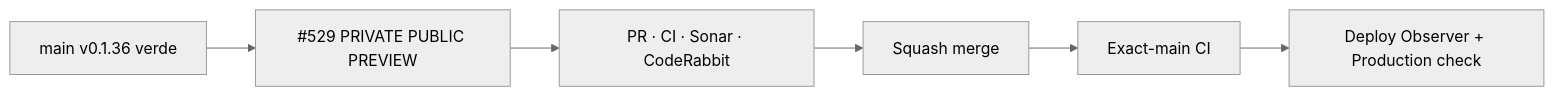
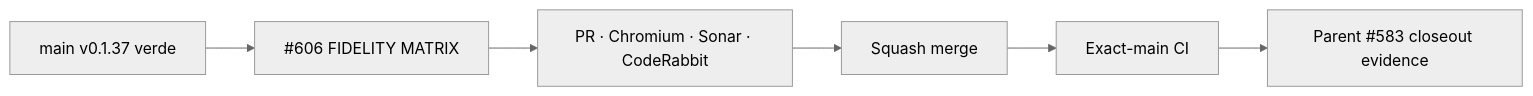
One commit to pl0n3r/brvtal changed the diagram in README.md. Above: the diagram before and after it, drawn with Mermaid (neutral theme). The commit also changed other lines of this file, not shown here.

Commit message:
docs: set Concept 05 fidelity QA snapshot

````diff
--- a/README.md
+++ b/README.md
@@ -50,8 +49,8 @@
 ```mermaid
 flowchart LR
- B["main v0.1.36 verde"] --> S["#529 PRIVATE PUBLIC PREVIEW"]
- S --> P["PR · CI · Sonar · CodeRabbit"]
+ B["main v0.1.37 verde"] --> Q["#606 FIDELITY MATRIX"]
+ Q --> P["PR · Chromium · Sonar · CodeRabbit"]
  P --> M["Squash merge"]
  M --> X["Exact-main CI"]
- X --> D["Deploy Observer + Production check"]
+ X --> C["Parent #583 closeout evidence"]
 ```
````
